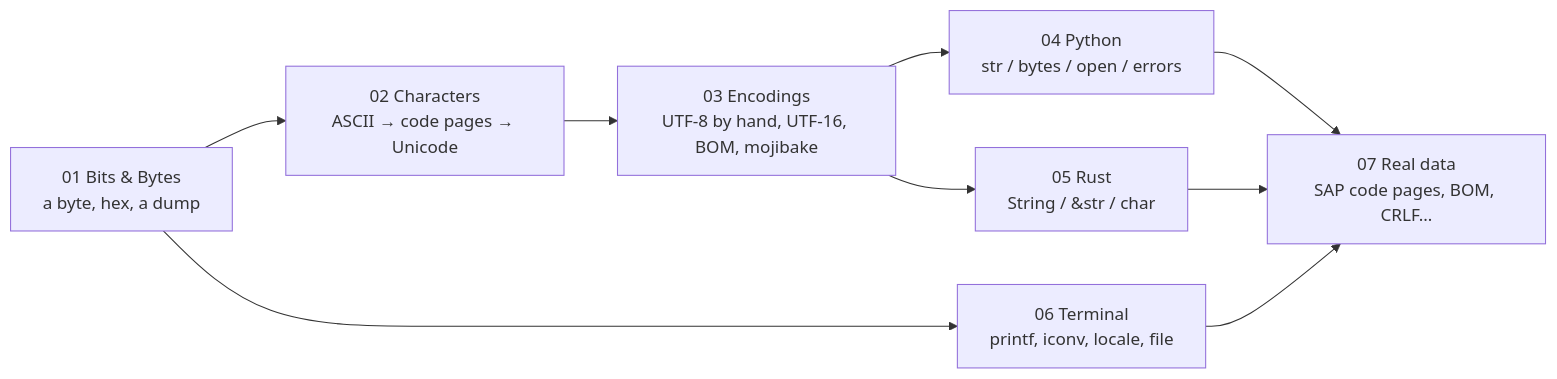
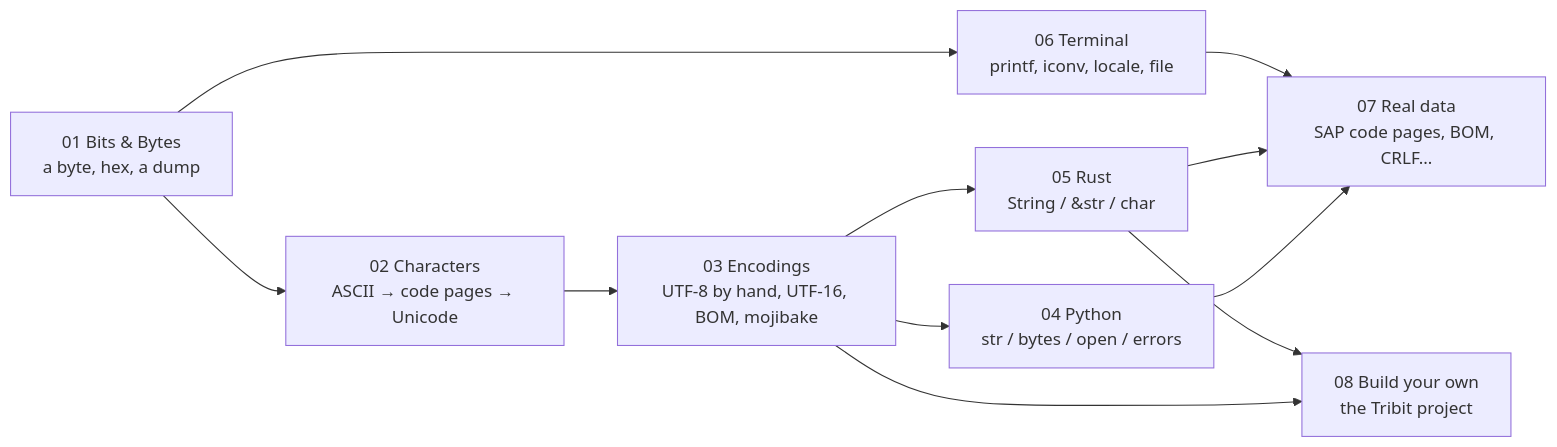
The diagram in 00_Start_Here/README.md (masiarek/encodings-learning-library), drawn with Mermaid before and after one commit. The commit also changed other lines of this file and 8 other files, not shown here.

First line of the commit message:
Add the Tribit project chapter and a checked Resources page

````diff
--- a/00_Start_Here/README.md
+++ b/00_Start_Here/README.md
@@ -24,11 +24,13 @@
 ```mermaid
 flowchart LR
     B["01 Bits & Bytes<br/>a byte, hex, a dump"] --> C["02 Characters<br/>ASCII → code pages → Unicode"]
     C --> E["03 Encodings<br/>UTF-8 by hand, UTF-16, BOM, mojibake"]
     E --> P["04 Python<br/>str / bytes / open / errors"]
     E --> R["05 Rust<br/>String / &str / char"]
     B --> T["06 Terminal<br/>printf, iconv, locale, file"]
     P --> D["07 Real data<br/>SAP code pages, BOM, CRLF…"]
     R --> D
     T --> D
+    E --> X["08 Build your own<br/>the Tribit project"]
+    R --> X
 ```
````
